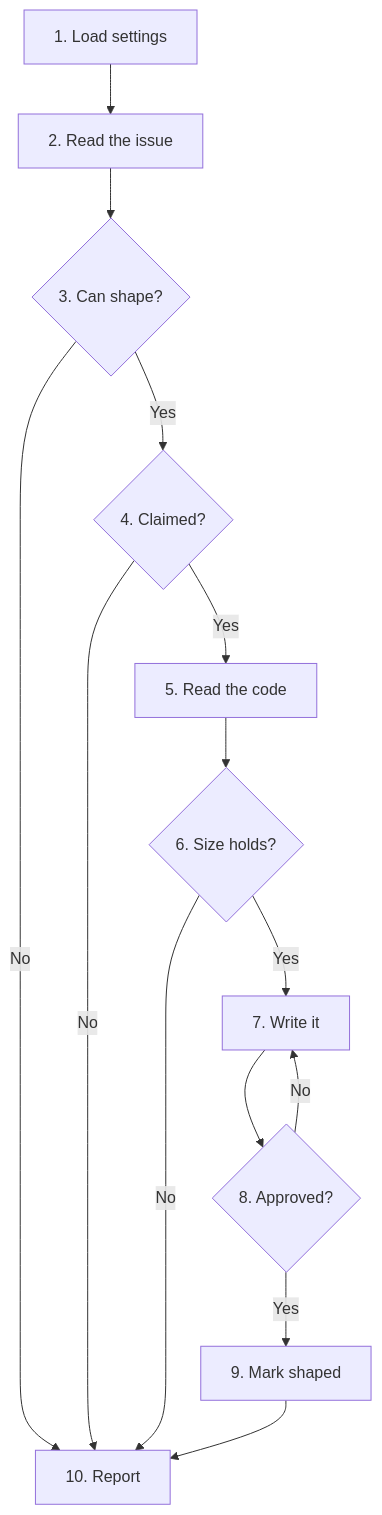
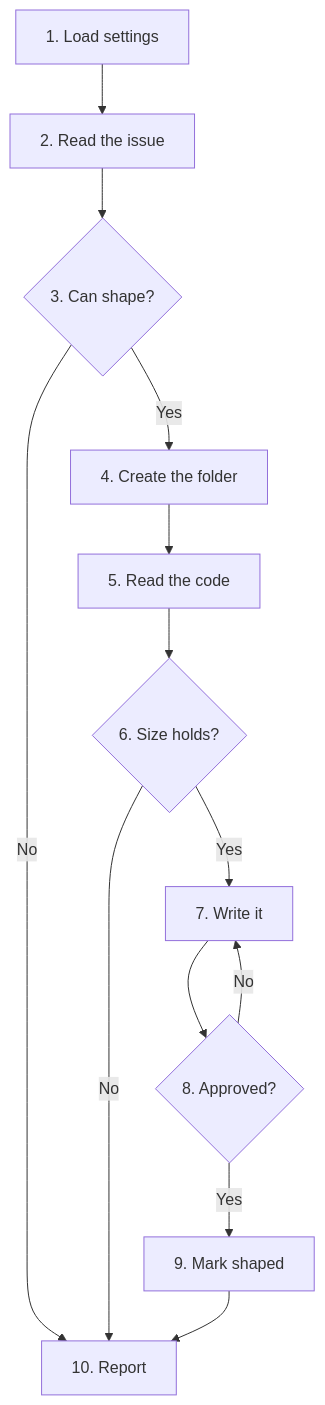
Before and after one commit to cultoftheai/skills: the diagram in skills/sdlc/shape/SKILL.md, drawn with Mermaid. The commit also changed other lines of this file and 2 other files, not shown here.

````diff
--- a/skills/sdlc/shape/SKILL.md
+++ b/skills/sdlc/shape/SKILL.md
@@ -19,27 +19,26 @@
 ```mermaid
 flowchart TD
     A[1. Load settings]
     B[2. Read the issue]
     C{3. Can shape?}
-    D{4. Claimed?}
+    D[4. Create the folder]
     E[5. Read the code]
     F{6. Size holds?}
     G[7. Write it]
     H{8. Approved?}
     I[9. Mark shaped]
     J[10. Report]
 
     A --> B
     B --> C
     C -->|No| J
     C -->|Yes| D
-    D -->|No| J
-    D -->|Yes| E
+    D --> E
     E --> F
     F -->|No| J
     F -->|Yes| G
     G --> H
     H -->|No| G
     H -->|Yes| I
     I --> J
 ```
````
